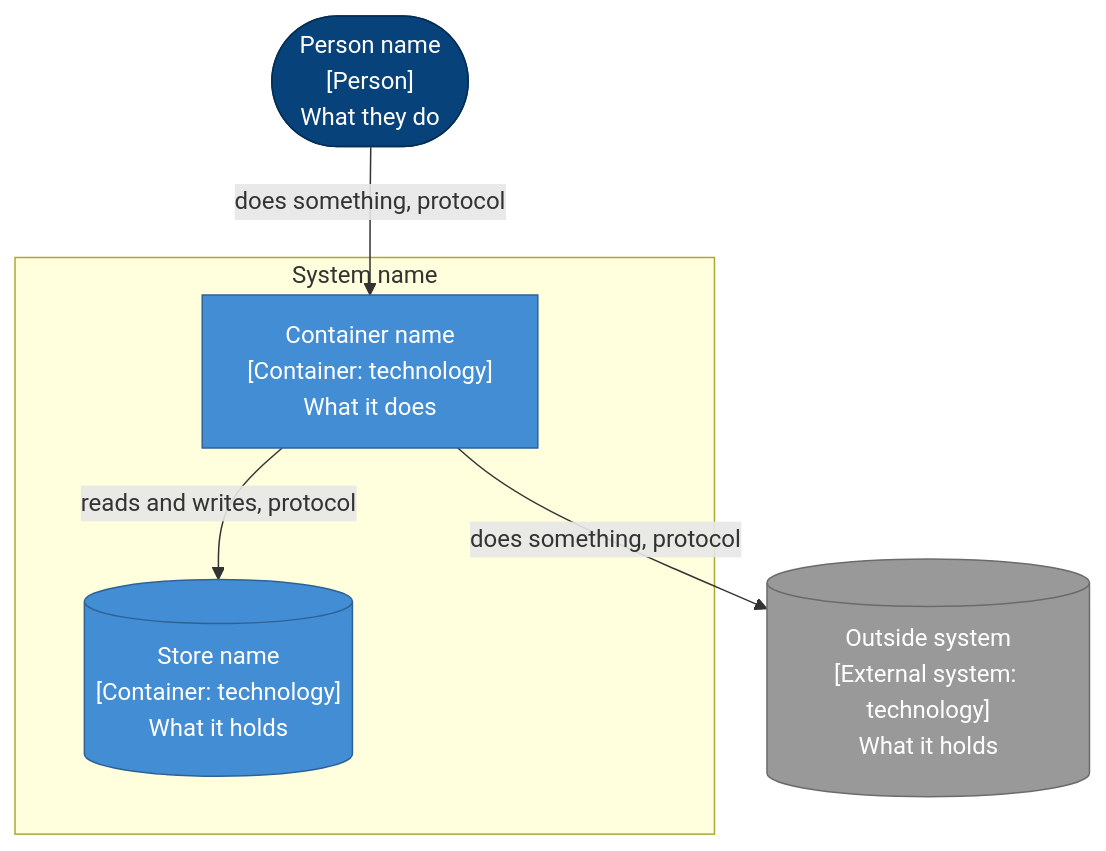
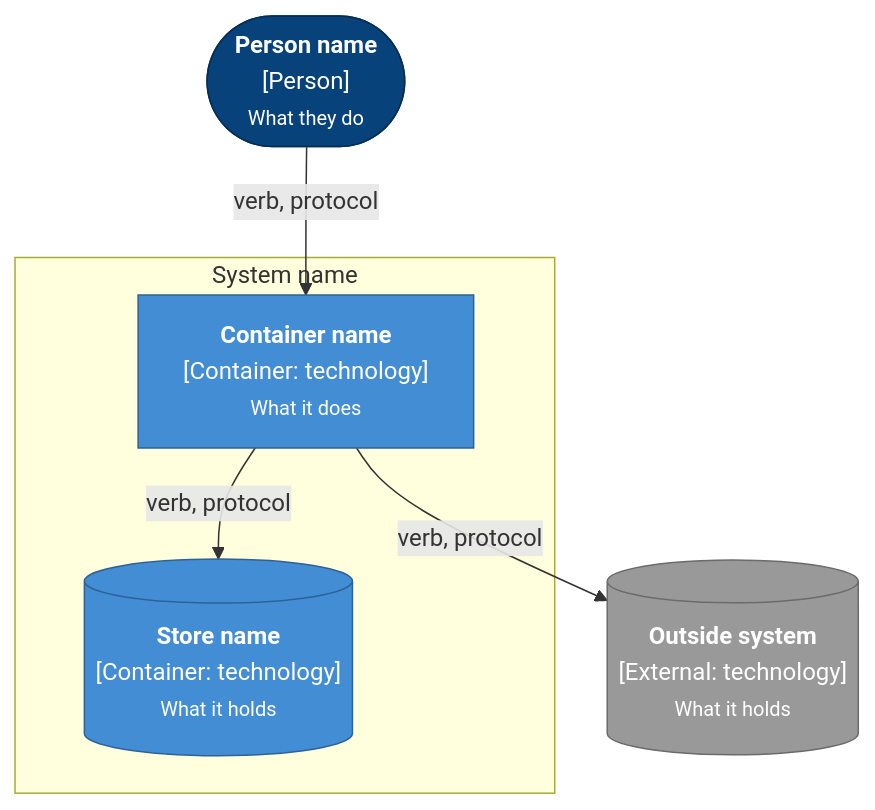
Before and after one commit to lyeyixian/job-search-app: the second of 5 diagrams in docs/architecture/diagram-templates.md, drawn with Mermaid. The commit also changed other lines of this file and 4 other files, not shown here.

First line of the commit message:
Shorten diagram labels and set line limits in the templates

````diff
--- a/docs/architecture/diagram-templates.md
+++ b/docs/architecture/diagram-templates.md
@@ -76,22 +86,22 @@
 ```mermaid
 flowchart TB
-    user(["Person name<br/>[Person]<br/>What they do"]):::person
+    user(["<b>Person name</b><br/>[Person]<br/><small>What they do</small>"]):::person
 
     subgraph system["System name"]
-        app["Container name<br/>[Container: technology]<br/>What it does"]:::container
-        db[("Store name<br/>[Container: technology]<br/>What it holds")]:::store
+        app["<b>Container name</b><br/>[Container: technology]<br/><small>What it does</small>"]:::container
+        db[("<b>Store name</b><br/>[Container: technology]<br/><small>What it holds</small>")]:::store
     end
 
-    ext[("Outside system<br/>[External system: technology]<br/>What it holds")]:::external
+    ext[("<b>Outside system</b><br/>[External: technology]<br/><small>What it holds</small>")]:::external
 
-    user -- "does something, protocol" --> app
-    app -- "reads and writes, protocol" --> db
-    app -- "does something, protocol" --> ext
+    user -- "verb, protocol" --> app
+    app -- "verb, protocol" --> db
+    app -- "verb, protocol" --> ext
 
     classDef person fill:#08427b,stroke:#052e56,color:#ffffff
     classDef system fill:#1168bd,stroke:#0b4884,color:#ffffff
     classDef container fill:#438dd5,stroke:#2e6295,color:#ffffff
     classDef component fill:#85bbf0,stroke:#5d82a8,color:#000000
     classDef store fill:#438dd5,stroke:#2e6295,color:#ffffff
     classDef external fill:#999999,stroke:#6b6b6b,color:#ffffff
 ```
````
